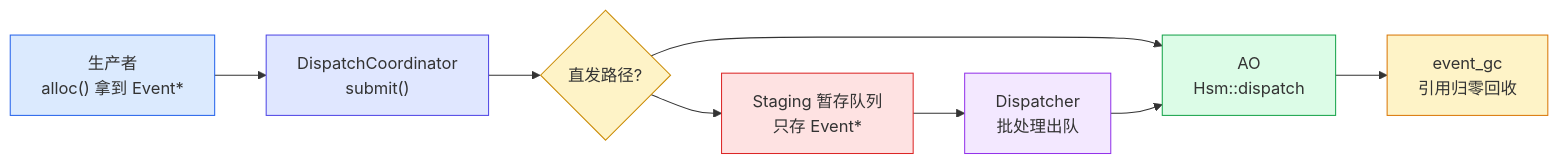
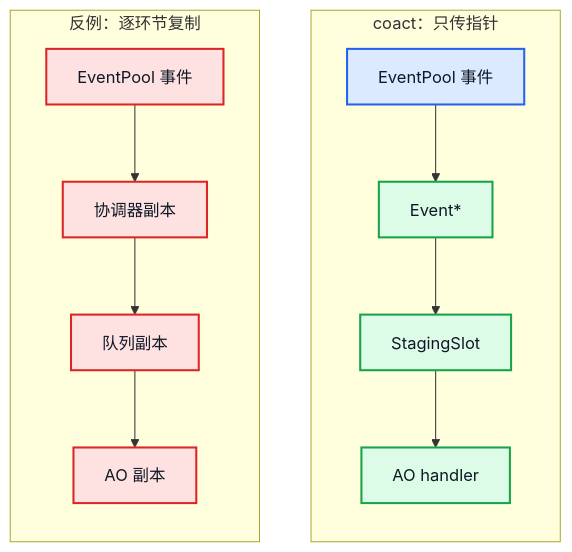
The first of 2 diagrams in content/posts/performance/zero_heap_zero_copy_event_passing.md (DeguiLiu/tech-notes), drawn with Mermaid before and after one commit. The commit also changed other lines of this file and 3 other files, not shown here.

````diff
--- a/content/posts/performance/zero_heap_zero_copy_event_passing.md
+++ b/content/posts/performance/zero_heap_zero_copy_event_passing.md
@@ -20,24 +90,25 @@
 ```mermaid
 flowchart LR
-    P["生产者<br/>alloc() 拿到 Event*"]:::prod
-    C["DispatchCoordinator<br/>submit()"]:::coord
-    D{"直发路径?"}:::dec
-    S["Staging 暂存队列<br/>只存 Event*"]:::stage
-    Q["Dispatcher<br/>批处理出队"]:::disp
-    A["AO<br/>Hsm::dispatch"]:::ao
-    G["event_gc<br/>引用归零回收"]:::gc
-    P --> C
-    C --> D
-    D --> A
-    D --> S
-    S --> Q
-    Q --> A
-    A --> G
-    classDef prod fill:#dbeafe,stroke:#2563eb
-    classDef coord fill:#e0e7ff,stroke:#4f46e5
-    classDef dec fill:#fef3c7,stroke:#ca8a04
-    classDef stage fill:#fee2e2,stroke:#dc2626
-    classDef disp fill:#f3e8ff,stroke:#9333ea
-    classDef ao fill:#dcfce7,stroke:#16a34a
-    classDef gc fill:#fef3c7,stroke:#d97706
+    subgraph COPY[反例：逐环节复制]
+        direction TB
+        E1["EventPool 事件"] --> C1["协调器副本"]
+        C1 --> C2["队列副本"]
+        C2 --> C3["AO 副本"]
+    end
+
+    subgraph PTR[coact：只传指针]
+        direction TB
+        E2["EventPool 事件"] --> P1["Event*"]
+        P1 --> P2["StagingSlot"]
+        P2 --> P3["AO handler"]
+    end
+
+    COPY ~~~ PTR
+
+    classDef copy fill:#fee2e2,stroke:#dc2626,stroke-width:2px,color:#111827
+    classDef ptr fill:#dcfce7,stroke:#16a34a,stroke-width:2px,color:#111827
+    classDef pool fill:#dbeafe,stroke:#2563eb,stroke-width:2px,color:#111827
+    class E1,C1,C2,C3 copy
+    class P1,P2,P3 ptr
+    class E2 pool
 ```
````
